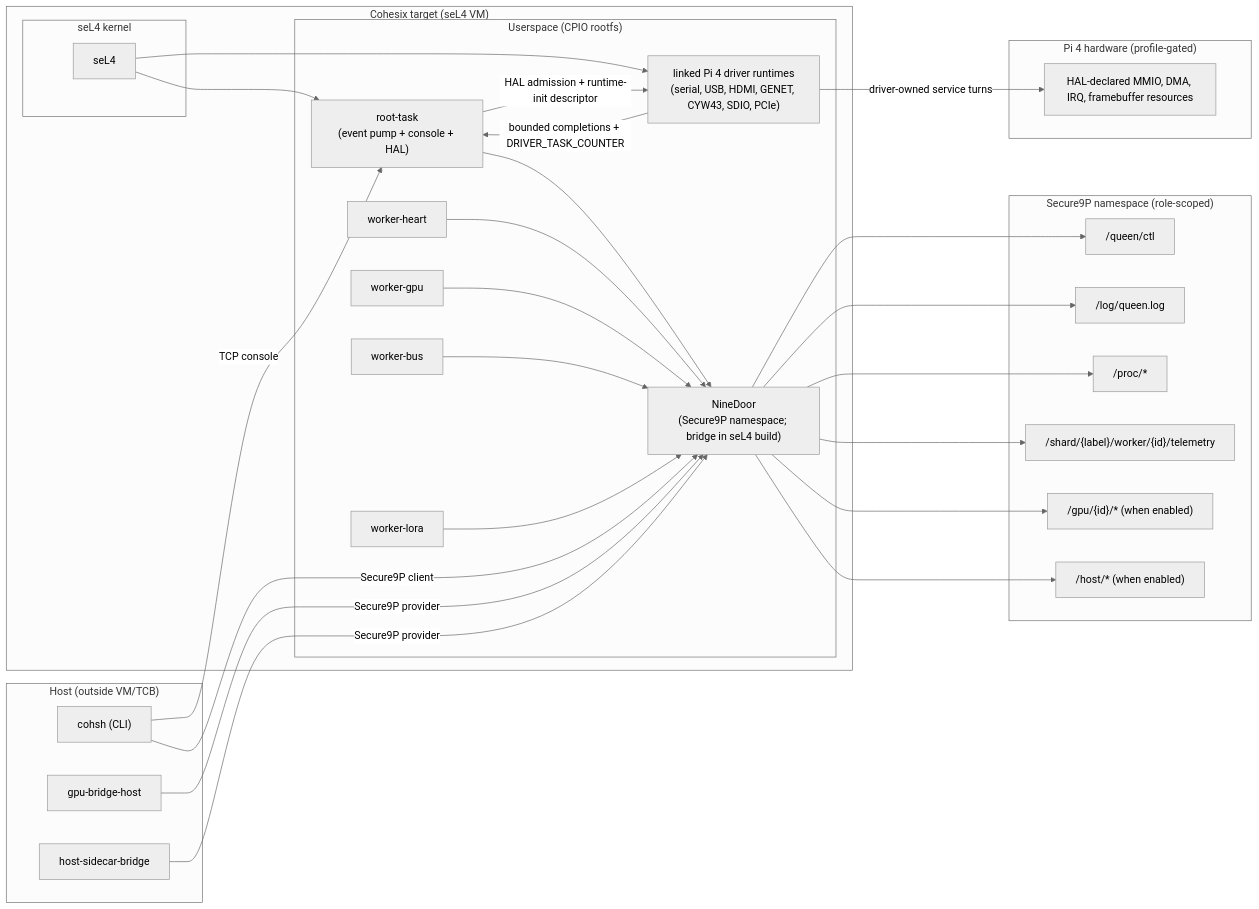
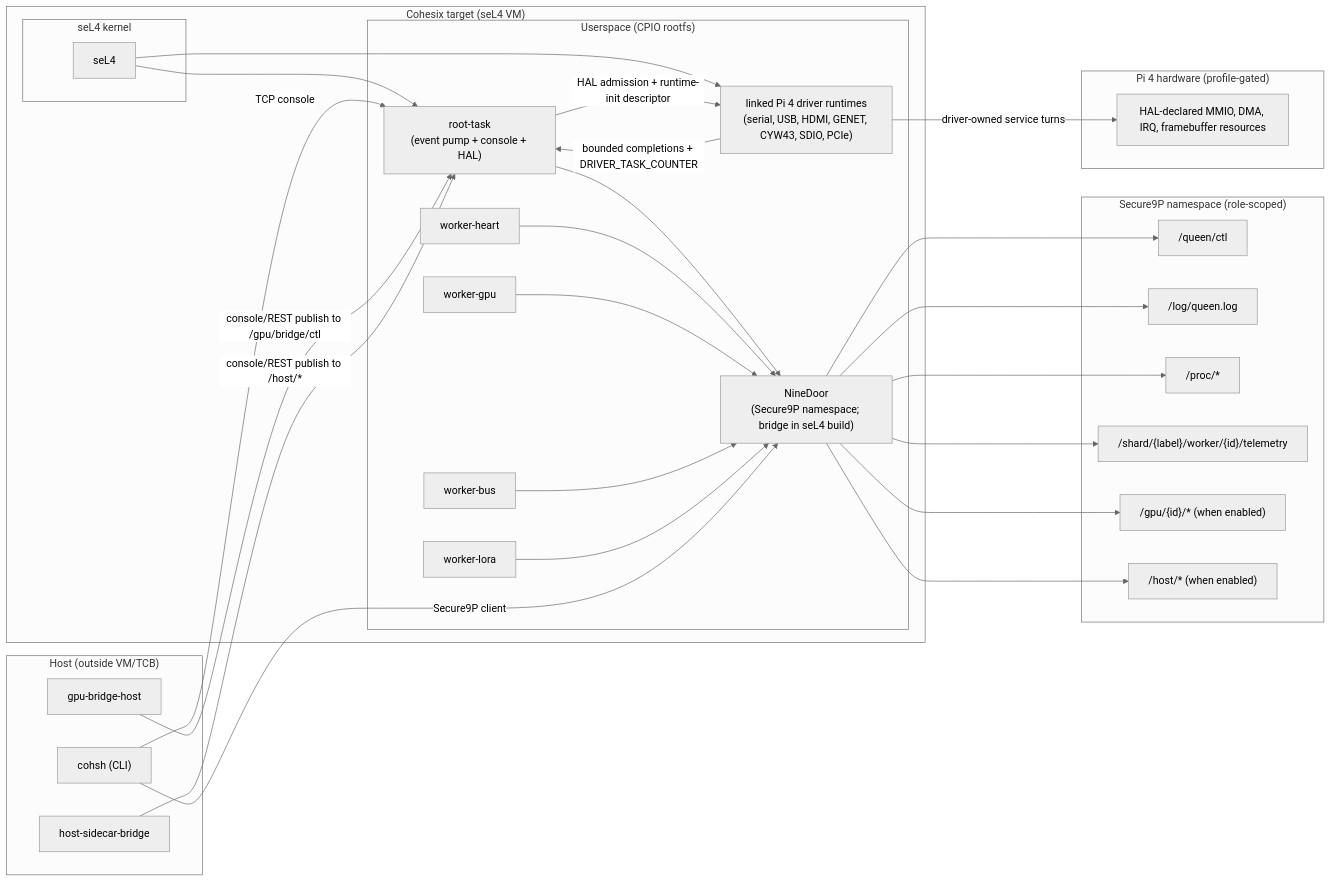
The second of 6 diagrams in docs/ARCHITECTURE.md (lukeb-aidev/cohesix), drawn with Mermaid (neutral theme) before and after one commit. The commit also changed 15 other files, not shown here.

````diff
--- a/docs/ARCHITECTURE.md
+++ b/docs/ARCHITECTURE.md
@@ -213,58 +213,58 @@
 ```mermaid
 flowchart LR
   subgraph Host["Host (outside VM/TCB)"]
     Cohsh["cohsh (CLI)"]
     GPUB["gpu-bridge-host"]
     HS["host-sidecar-bridge"]
   end
 
   subgraph VM["Cohesix target (seL4 VM)"]
     subgraph K["seL4 kernel"]
       SEL4["seL4"]
     end
     subgraph U["Userspace (CPIO rootfs)"]
       RT["root-task\n(event pump + console + HAL)"]
       DRT["linked Pi 4 driver runtimes\n(serial, USB, HDMI, GENET, CYW43, SDIO, PCIe)"]
       ND["NineDoor\n(Secure9P namespace; bridge in seL4 build)"]
       WH["worker-heart"]
       WG["worker-gpu"]
       WB["worker-bus"]
       WL["worker-lora"]
     end
   end
 
   subgraph NS["Secure9P namespace (role-scoped)"]
     QCTL["/queen/ctl"]
     LOG["/log/queen.log"]
     PROC["/proc/*"]
     TEL["/shard/{label}/worker/{id}/telemetry"]
     GPU["/gpu/{id}/* (when enabled)"]
     HOST["/host/* (when enabled)"]
   end
 
   subgraph HW["Pi 4 hardware (profile-gated)"]
     DEV["HAL-declared MMIO, DMA, IRQ, framebuffer resources"]
   end
 
   SEL4 --> RT
   SEL4 --> DRT
   RT -->|"HAL admission + runtime-init descriptor"| DRT
   DRT -->|"bounded completions + DRIVER_TASK_COUNTER"| RT
   DRT -->|"driver-owned service turns"| DEV
   RT --> ND
   WH --> ND
   WG --> ND
   WB --> ND
   WL --> ND
   ND --> QCTL
   ND --> LOG
   ND --> PROC
   ND --> TEL
   ND --> GPU
   ND --> HOST
 
   Cohsh -->|"TCP console"| RT
   Cohsh -->|"Secure9P client"| ND
-  GPUB -->|"Secure9P provider"| ND
-  HS -->|"Secure9P provider"| ND
+  GPUB -->|"console/REST publish to /gpu/bridge/ctl"| RT
+  HS -->|"console/REST publish to /host/*"| RT
 ```
````
